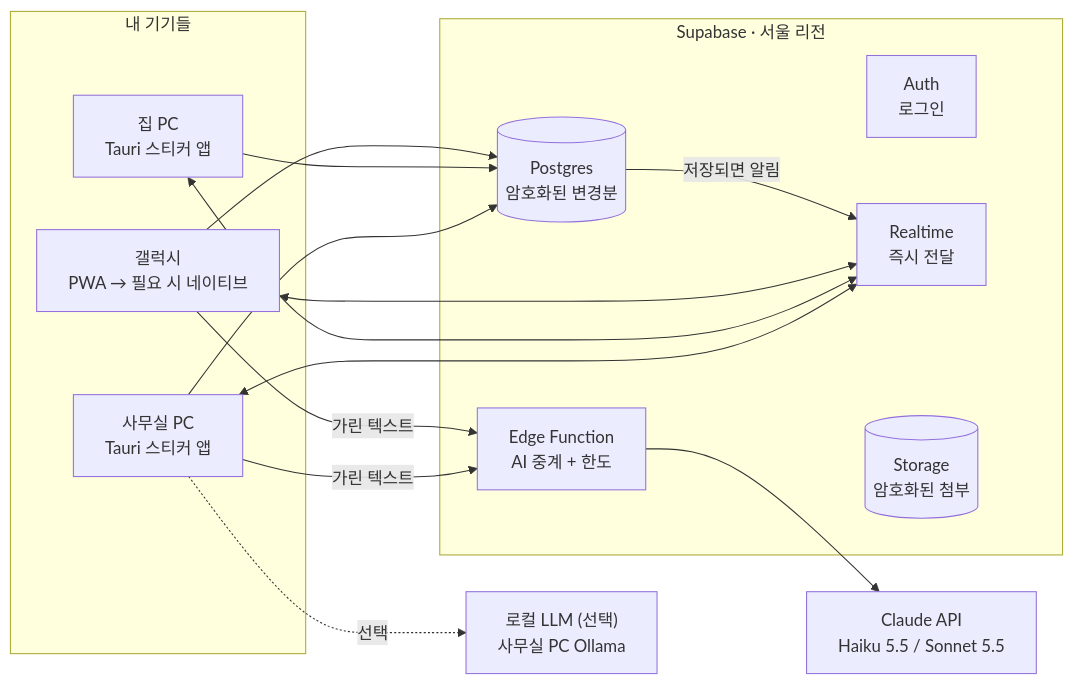
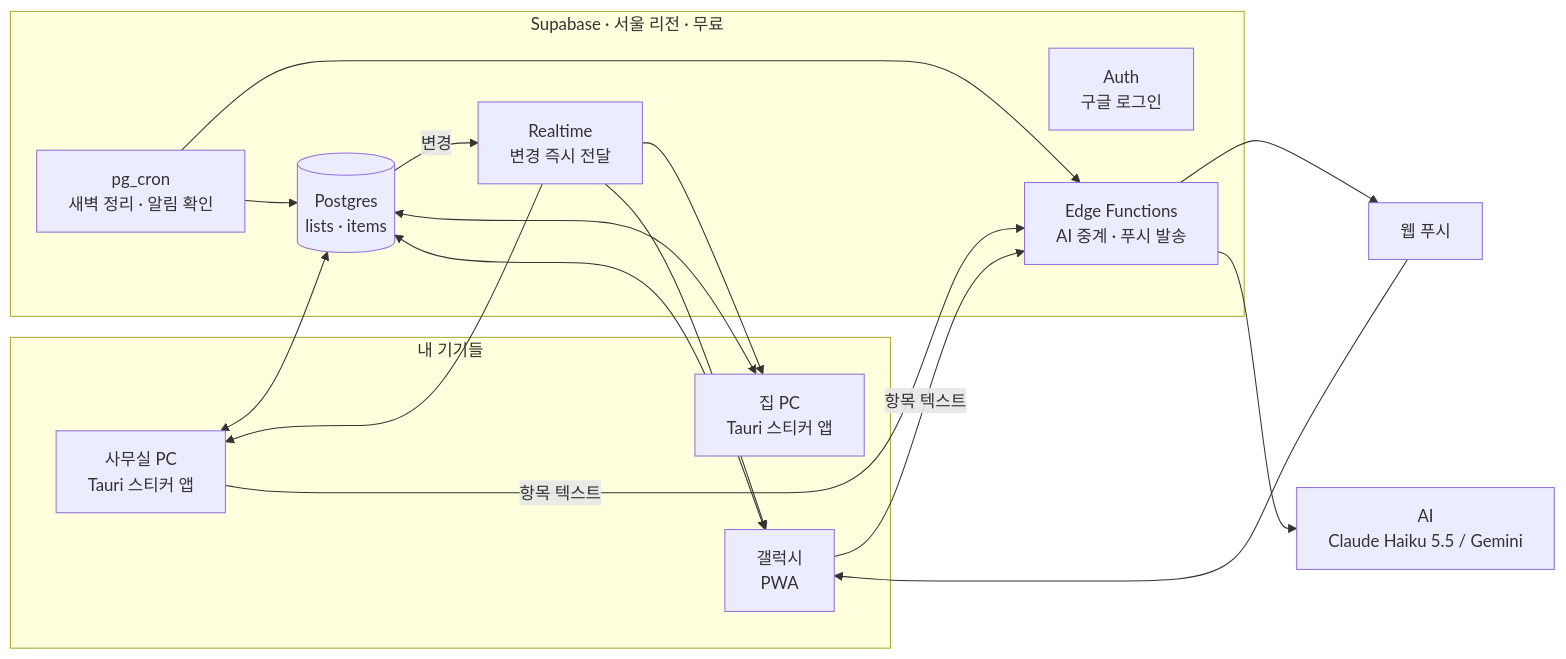
The first of 2 diagrams in docs/DESIGN.md (brat-KIM/BK-NOTE), drawn with Mermaid before and after one commit. The commit also changed other lines of this file and 1 other file, not shown here.

````diff
--- a/docs/DESIGN.md
+++ b/docs/DESIGN.md
@@ -156,31 +230,33 @@
 ```mermaid
 flowchart LR
   subgraph DEV["내 기기들"]
     O["사무실 PC<br/>Tauri 스티커 앱"]
     H["집 PC<br/>Tauri 스티커 앱"]
-    P["갤럭시<br/>PWA → 필요 시 네이티브"]
+    P["갤럭시<br/>PWA"]
   end
 
-  subgraph SB["Supabase · 서울 리전"]
-    AU["Auth<br/>로그인"]
-    DB[("Postgres<br/>암호화된 변경분")]
-    RT["Realtime<br/>즉시 전달"]
-    ST[("Storage<br/>암호화된 첨부")]
-    EF["Edge Function<br/>AI 중계 + 한도"]
+  subgraph SB["Supabase · 서울 리전 · 무료"]
+    AU["Auth<br/>구글 로그인"]
+    DB[("Postgres<br/>lists · items")]
+    RT["Realtime<br/>변경 즉시 전달"]
+    CR["pg_cron<br/>새벽 정리 · 알림 확인"]
+    EF["Edge Functions<br/>AI 중계 · 푸시 발송"]
   end
 
-  AI["Claude API<br/>Haiku 5.5 / Sonnet 5.5"]
-  LL["로컬 LLM (선택)<br/>사무실 PC Ollama"]
+  AI["AI<br/>Claude Haiku 5.5 / Gemini"]
+  PU["웹 푸시"]
 
-  O <--> RT
-  H <--> RT
-  P <--> RT
-  O --> DB
-  H --> DB
-  P --> DB
-  DB -->|저장되면 알림| RT
-  O -->|가린 텍스트| EF
-  P -->|가린 텍스트| EF
+  O <--> DB
+  H <--> DB
+  P <--> DB
+  DB -->|변경| RT
+  RT --> O
+  RT --> H
+  RT --> P
+  CR --> DB
+  CR --> EF
+  EF --> PU --> P
+  O -->|항목 텍스트| EF
+  P -->|항목 텍스트| EF
   EF --> AI
-  O -.->|선택| LL
 ```
````
